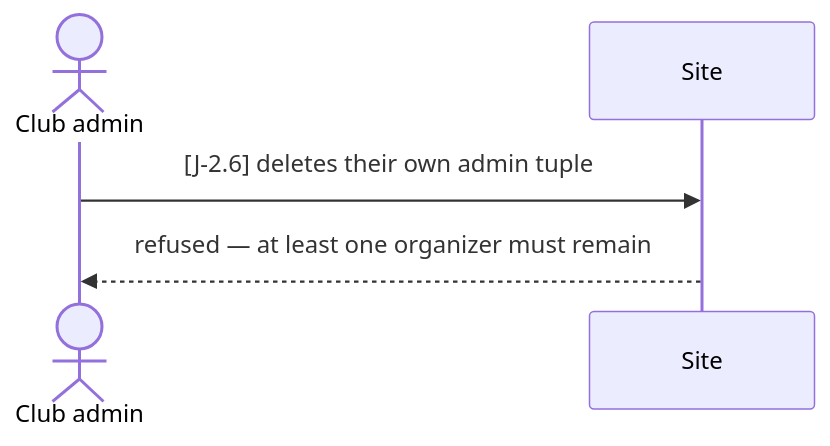
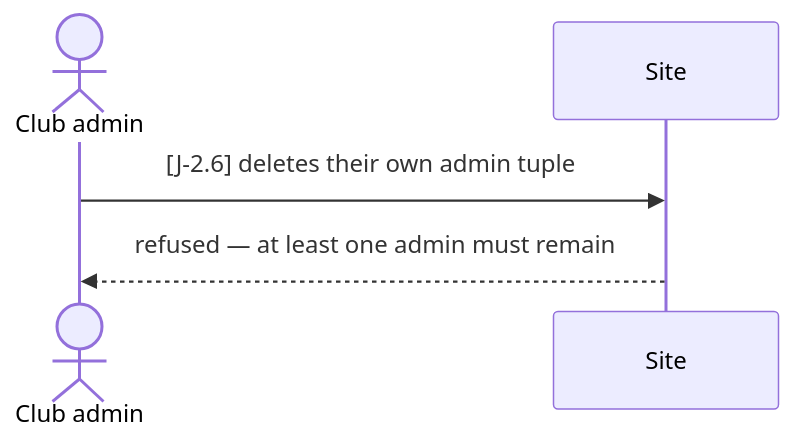
Before and after one commit to gundramleifert/segel-bundesliga: the second of 2 diagrams in docs/journeys/club.md, drawn with Mermaid. The commit also changed 18 other files, not shown here.

````diff
--- a/docs/journeys/club.md
+++ b/docs/journeys/club.md
@@ -43,8 +43,8 @@
 ```mermaid
 sequenceDiagram
   actor CA as Club admin
   participant P as Site
 
   CA->>P: [J-2.6] deletes their own admin tuple
-  P-->>CA: refused — at least one organizer must remain
+  P-->>CA: refused — at least one admin must remain
 ```
````
